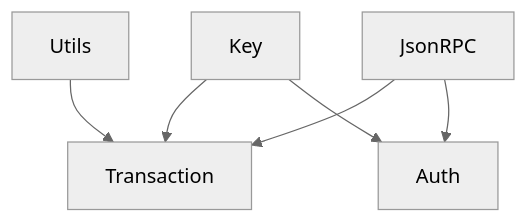
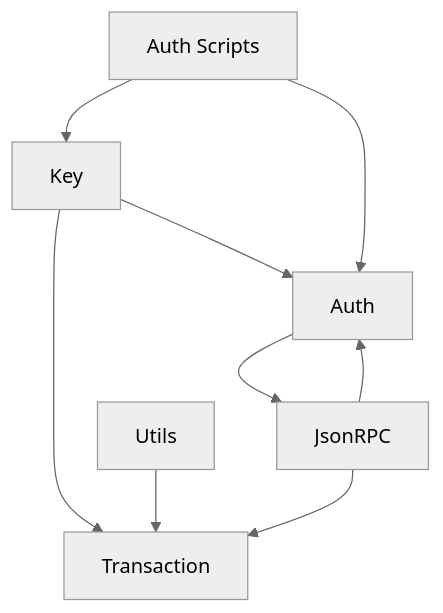
One commit to VIZ-Blockchain/viz-php-lib changed the third of 3 diagrams in .qoder/repowiki/en/content/API Reference/API Reference.md. Above: the diagram before and after it, drawn with Mermaid (neutral theme). The commit also changed other lines of this file and 9 other files, not shown here.

````diff
--- a/.qoder/repowiki/en/content/API Reference/API Reference.md
+++ b/.qoder/repowiki/en/content/API Reference/API Reference.md
@@ -455,13 +536,17 @@
 ```mermaid
 graph TB
 Key["Key"]
 Tx["Transaction"]
 RPC["JsonRPC"]
 Auth["Auth"]
 Utils["Utils"]
+AuthScript["Auth Scripts"]
 Key --> Tx
 Utils --> Tx
 RPC --> Tx
 RPC --> Auth
 Key --> Auth
+Auth --> RPC
+AuthScript --> Auth
+AuthScript --> Key
 ```
````
